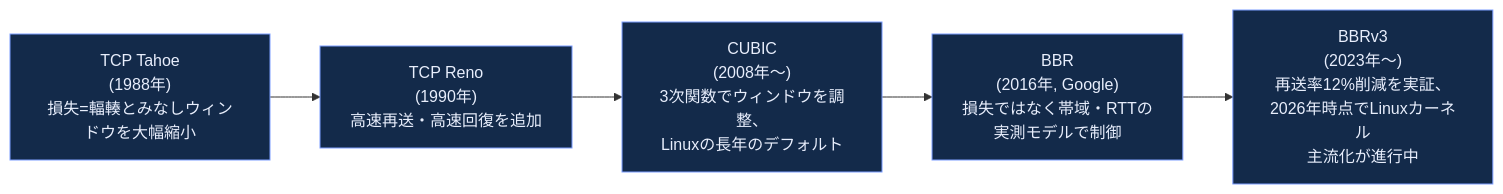
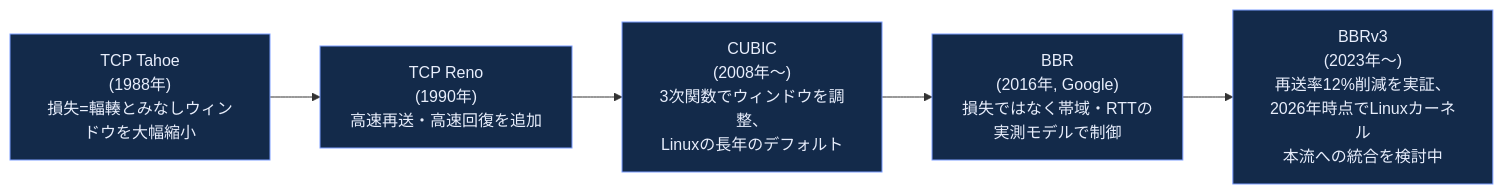
One commit to myoshi2891/Cloud-Infrastructure-Studies changed diagram 15 of 41 in Computer-networking-topdown-guide.md. Above: the diagram before and after it, drawn with Mermaid. The commit also changed other lines of this file, not shown here.

````diff
--- a/Computer-networking-topdown-guide.md
+++ b/Computer-networking-topdown-guide.md
@@ -463,10 +464,10 @@
 ```mermaid
 flowchart LR
     TAHOE["TCP Tahoe<br/>(1988年)<br/>損失=輻輳とみなしウィンドウを大幅縮小"] --> RENO["TCP Reno<br/>(1990年)<br/>高速再送・高速回復を追加"]
     RENO --> CUBIC["CUBIC<br/>(2008年〜)<br/>3次関数でウィンドウを調整、<br/>Linuxの長年のデフォルト"]
     CUBIC --> BBR["BBR<br/>(2016年, Google)<br/>損失ではなく帯域・RTTの<br/>実測モデルで制御"]
-    BBR --> BBR3["BBRv3<br/>(2023年〜)<br/>再送率12%削減を実証、<br/>2026年時点でLinuxカーネル<br/>主流化が進行中"]
+    BBR --> BBR3["BBRv3<br/>(2023年〜)<br/>再送率12%削減を実証、<br/>2026年時点でLinuxカーネル<br/>本流への統合を検討中"]
 
     classDef ccFill fill:#132a4a,stroke:#7c9eff,color:#e8eefc
     class TAHOE,RENO,CUBIC,BBR,BBR3 ccFill
 ```
````
